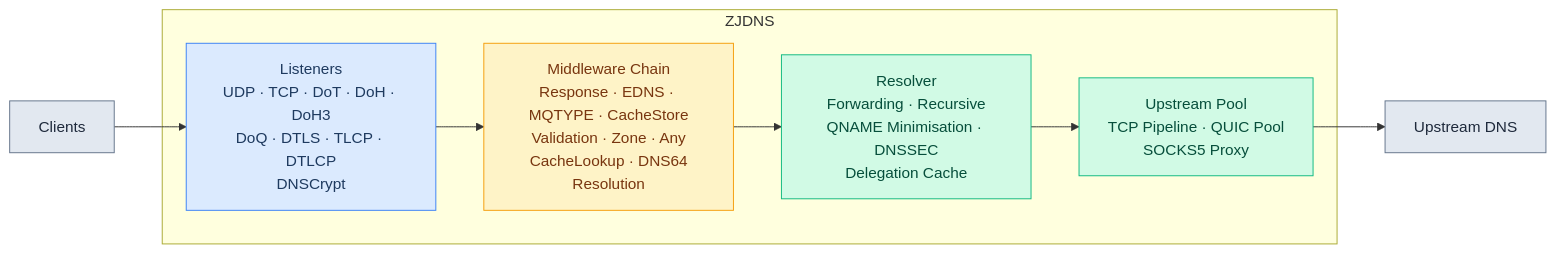
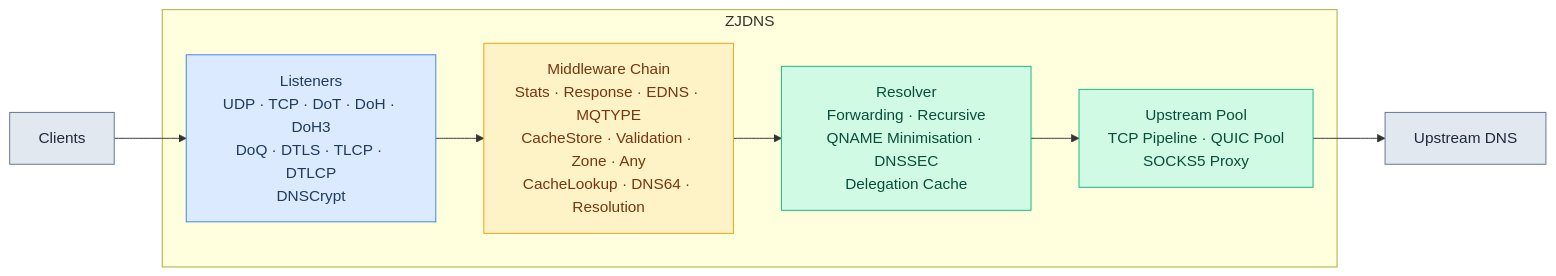
Before and after one commit to hezhijie0327/ZJDNS: the first of 36 diagrams in docs/FLOWCHARTS.md, drawn with Mermaid. The commit also changed other lines of this file and 8 other files, not shown here.

First line of the commit message:
docs: sync all living docs with the refactor (middleware chain, stats package, file moves, nested docs module)

````diff
--- a/docs/FLOWCHARTS.md
+++ b/docs/FLOWCHARTS.md
@@ -35,18 +35,18 @@
 ```mermaid
 graph LR
     C[Clients] --> L
     subgraph ZJDNS
-        L[Listeners<br/>UDP · TCP · DoT · DoH · DoH3<br/>DoQ · DTLS · TLCP · DTLCP<br/>DNSCrypt] --> MW[Middleware Chain<br/>Response · EDNS · MQTYPE · CacheStore<br/>Validation · Zone · Any<br/>CacheLookup · DNS64<br/>Resolution]
+        L[Listeners<br/>UDP · TCP · DoT · DoH · DoH3<br/>DoQ · DTLS · TLCP · DTLCP<br/>DNSCrypt] --> MW[Middleware Chain<br/>Stats · Response · EDNS · MQTYPE<br/>CacheStore · Validation · Zone · Any<br/>CacheLookup · DNS64 · Resolution]
         MW --> RES[Resolver<br/>Forwarding · Recursive<br/>QNAME Minimisation · DNSSEC<br/>Delegation Cache]
         RES --> UP[Upstream Pool<br/>TCP Pipeline · QUIC Pool<br/>SOCKS5 Proxy]
     end
     UP --> U[Upstream DNS]
     classDef ext fill:#e2e8f0,stroke:#64748b,color:#1e293b
     classDef listen fill:#dbeafe,stroke:#3b82f6,color:#1e3a5f
     classDef proc fill:#fef3c7,stroke:#f59e0b,color:#78350f
     classDef resolve fill:#d1fae5,stroke:#10b981,color:#064e3b
     class C,U ext
     class L listen
     class MW proc
     class RES,UP resolve
 ```
````
